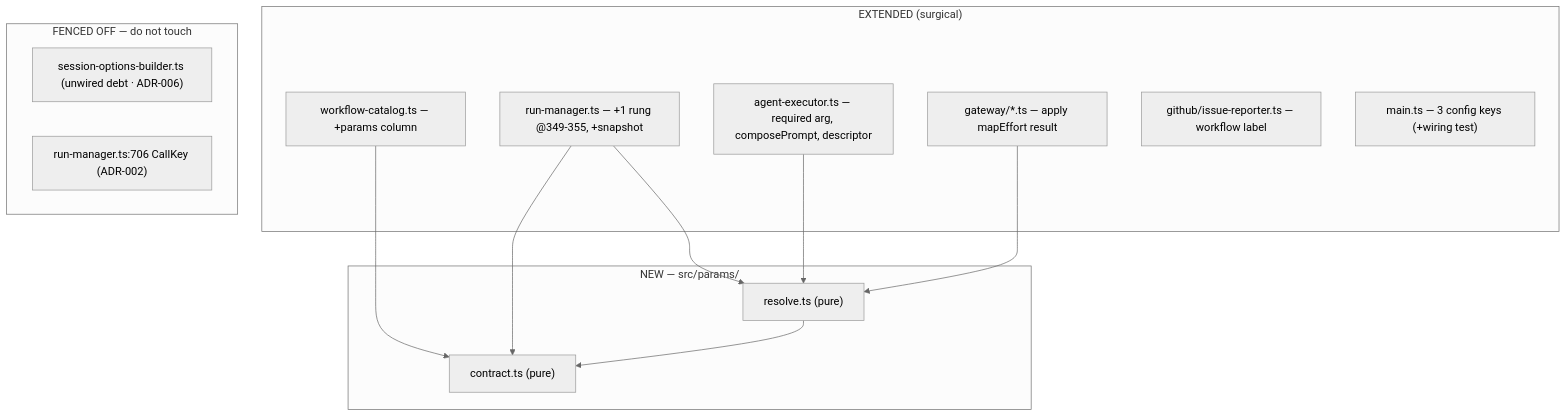
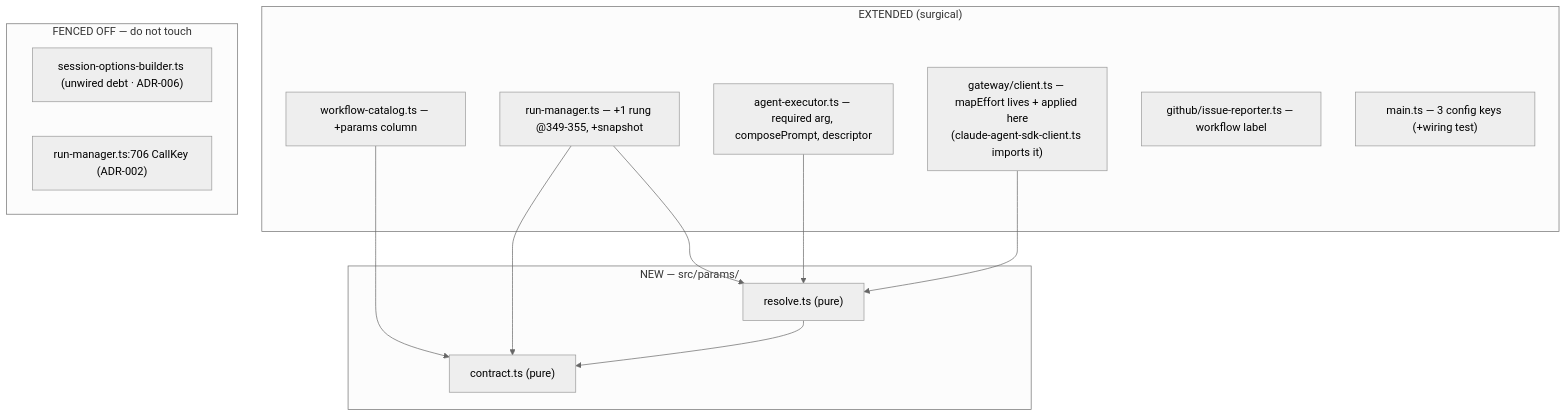
Before and after one commit to HsuJavis/remote-workflow-engine: the third of 5 diagrams in .sdlc/features/001-remote-workflow-engine/02-architecture.md, drawn with Mermaid (neutral theme). The commit also changed other lines of this file and 7 other files, not shown here.

````diff
--- a/.sdlc/features/001-remote-workflow-engine/02-architecture.md
+++ b/.sdlc/features/001-remote-workflow-engine/02-architecture.md
@@ -860,25 +860,25 @@
 ```mermaid
 flowchart TB
   subgraph new["NEW — src/params/"]
     C["contract.ts (pure)"]
     R["resolve.ts (pure)"]
   end
   subgraph touched["EXTENDED (surgical)"]
     WC["workflow-catalog.ts — +params column"]
     RM["run-manager.ts — +1 rung @349-355, +snapshot"]
     AE["agent-executor.ts — required arg, composePrompt, descriptor"]
-    GC["gateway/*.ts — apply mapEffort result"]
+    GC["gateway/client.ts — mapEffort lives + applied here<br/>(claude-agent-sdk-client.ts imports it)"]
     IR["github/issue-reporter.ts — workflow label"]
     MN["main.ts — 3 config keys (+wiring test)"]
   end
   subgraph fenced["FENCED OFF — do not touch"]
     SOB["session-options-builder.ts (unwired debt · ADR-006)"]
     CK["run-manager.ts:706 CallKey (ADR-002)"]
   end
   R --> C
   WC --> C
   RM --> C
   RM --> R
   AE --> R
   GC --> R
 ```
````
